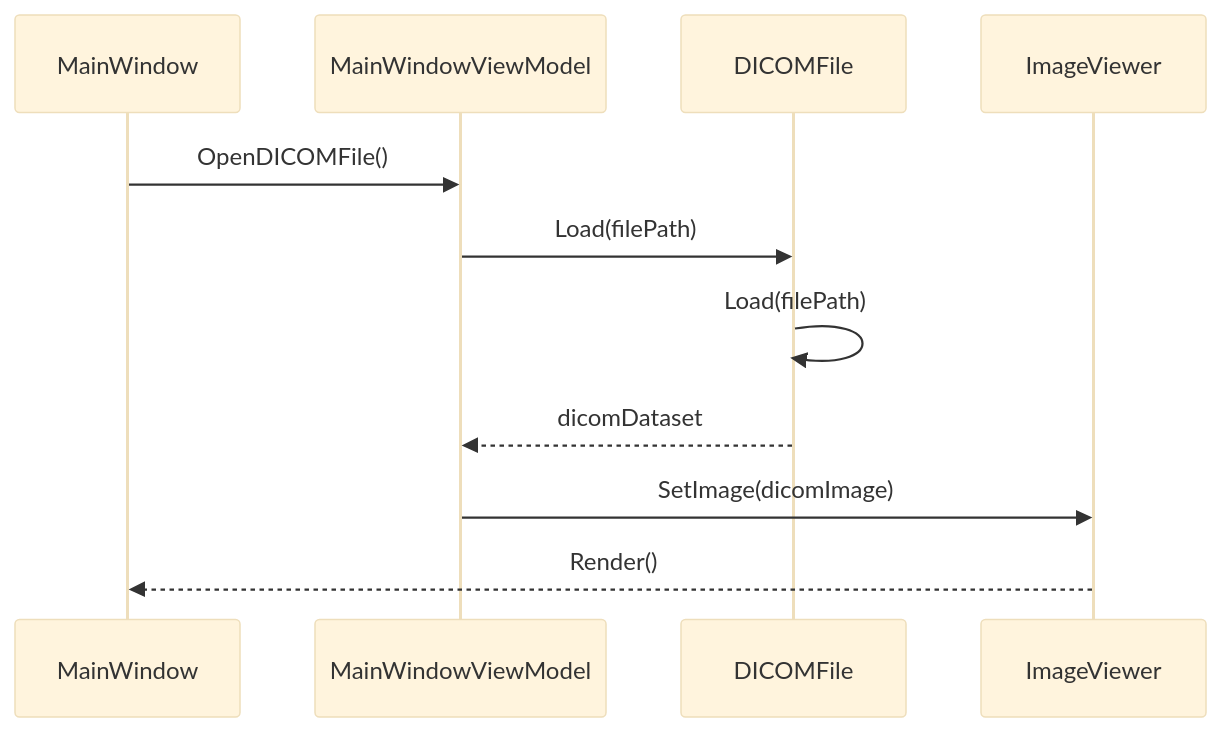
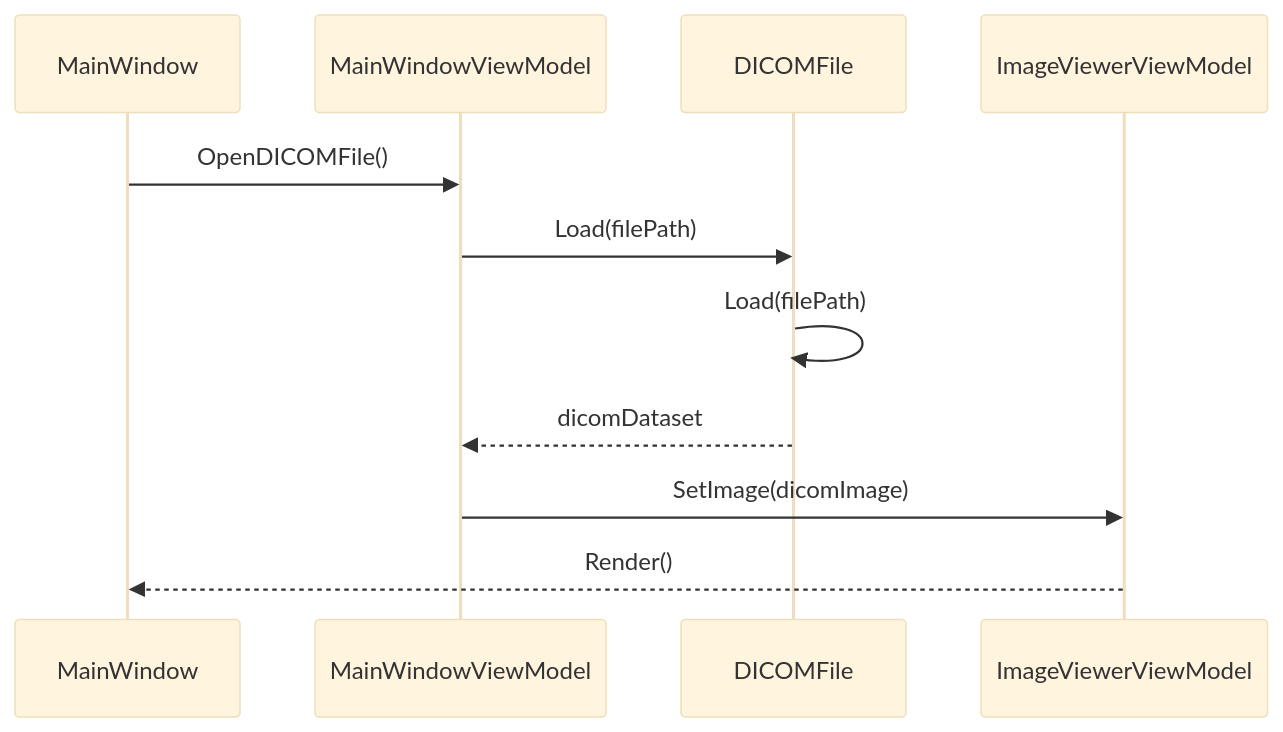
The second of 5 diagrams in projects/WpfApp/README.md (inden-t/DicomApp), drawn with Mermaid (base theme) before and after one commit. The commit also changed other lines of this file, not shown here.

````diff
--- a/projects/WpfApp/README.md
+++ b/projects/WpfApp/README.md
@@ -151,13 +162,13 @@
 ```mermaid
 sequenceDiagram
     participant MainWindow
     participant MainWindowViewModel
     participant DICOMFile
 
     MainWindow ->> MainWindowViewModel: OpenDICOMFile()
     MainWindowViewModel ->> DICOMFile: Load(filePath)
     DICOMFile ->> DICOMFile: Load(filePath)
     DICOMFile -->> MainWindowViewModel: dicomDataset
-    MainWindowViewModel ->> ImageViewer: SetImage(dicomImage)
-    ImageViewer -->> MainWindow: Render()
+    MainWindowViewModel ->> ImageViewerViewModel: SetImage(dicomImage)
+    ImageViewerViewModel -->> MainWindow: Render()
 ```
````
